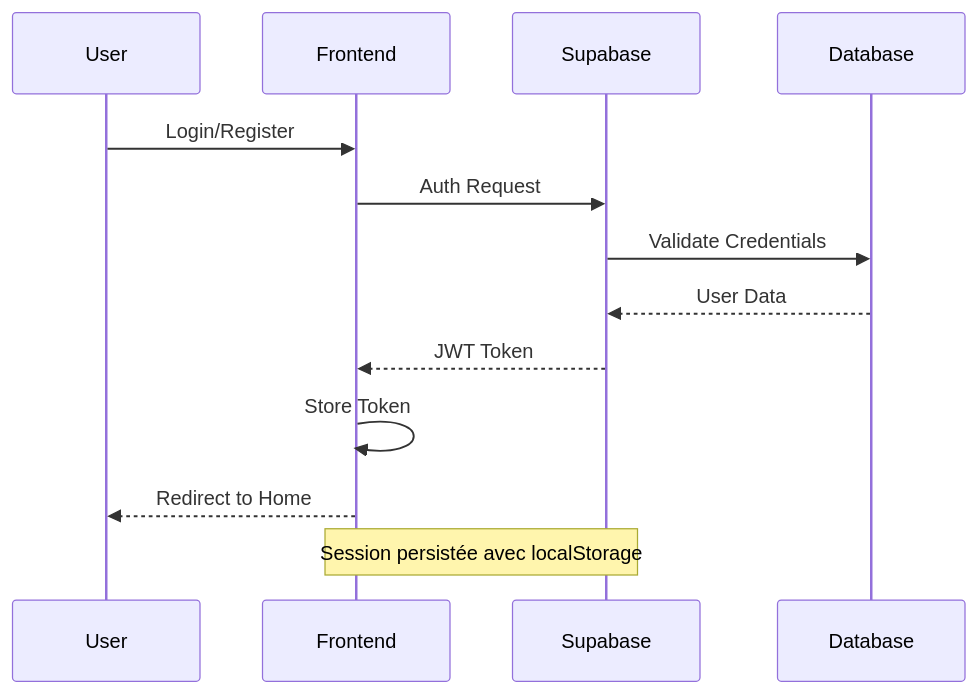
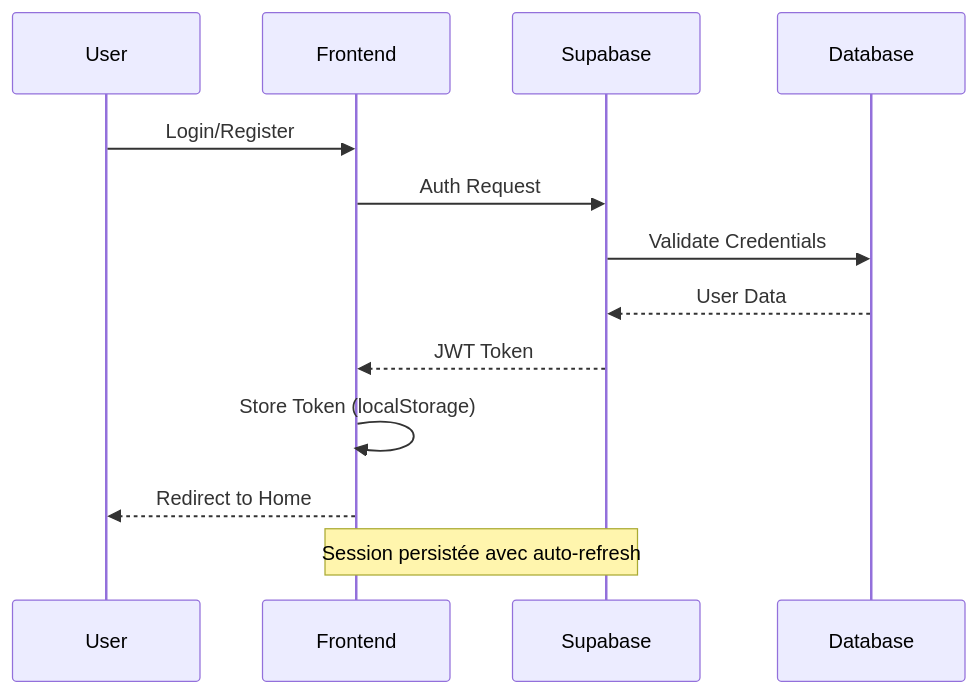
One commit to moonback/project-SocialCart changed the fourth of 5 diagrams in ARCHITECTURE.md. Above: the diagram before and after it, drawn with Mermaid. The commit also changed other lines of this file and 5 other files, not shown here.

First line of the commit message:
Update API documentation and architecture overview for enhanced clarity and completeness

````diff
--- a/ARCHITECTURE.md
+++ b/ARCHITECTURE.md
@@ -184,17 +255,17 @@
 ```mermaid
 sequenceDiagram
     participant U as User
     participant F as Frontend
     participant S as Supabase
     participant D as Database
     
     U->>F: Login/Register
     F->>S: Auth Request
     S->>D: Validate Credentials
     D-->>S: User Data
     S-->>F: JWT Token
-    F->>F: Store Token
+    F->>F: Store Token (localStorage)
     F-->>U: Redirect to Home
     
-    Note over F,S: Session persistée avec localStorage
+    Note over F,S: Session persistée avec auto-refresh
 ```
````
